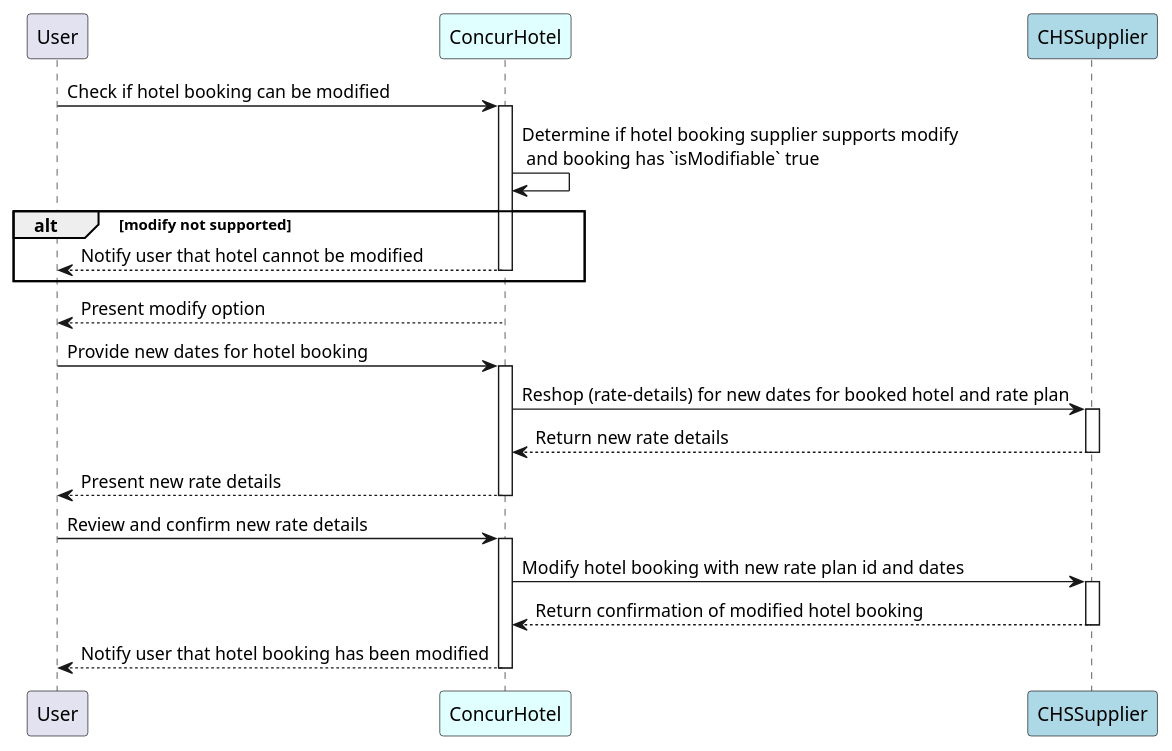
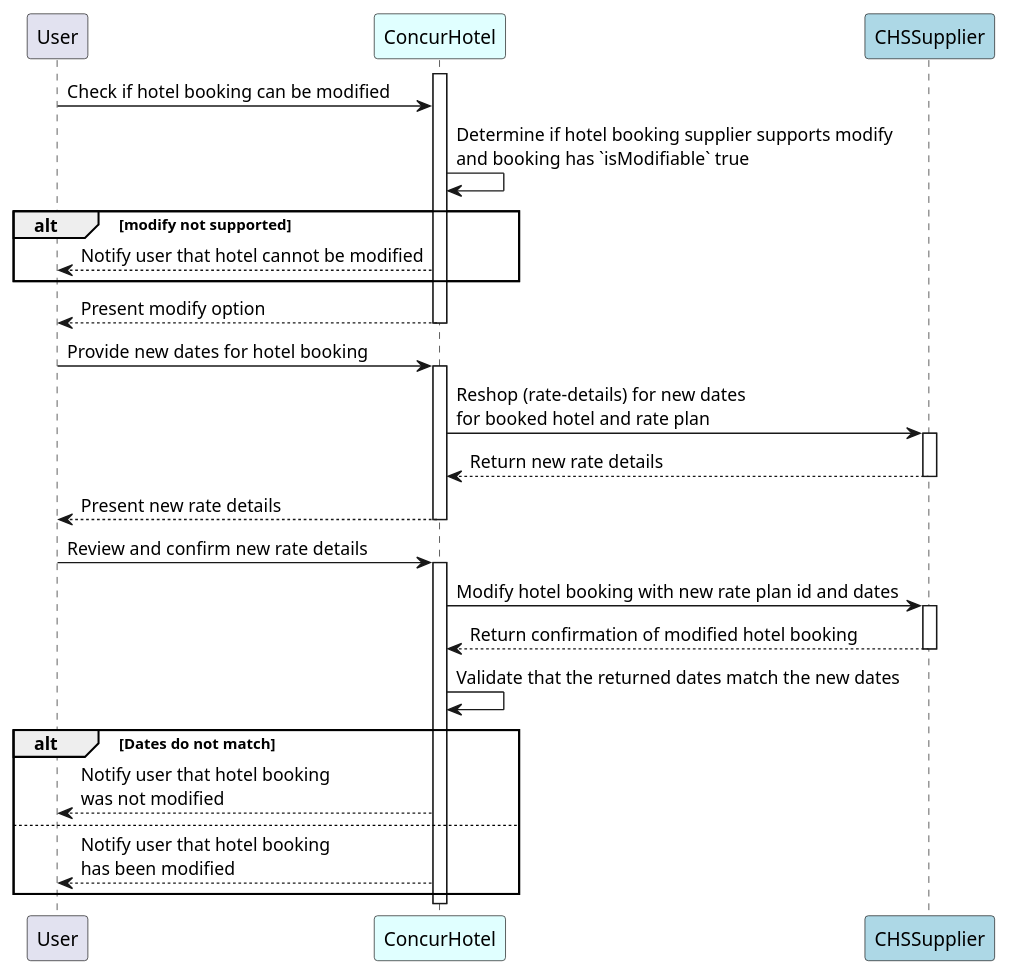
Before and after one commit to SAP-docs/preview.developer.concur.com: the diagram in src/api-reference/direct-connects/hotel-service-4/images/diagrams/hotel-modify.puml, drawn with PlantUML. The commit also changed 4 other files, not shown here.

Commit message:
Adding new documentation about hotel modify

```diff
--- a/src/api-reference/direct-connects/hotel-service-4/images/diagrams/hotel-modify.puml
+++ b/src/api-reference/direct-connects/hotel-service-4/images/diagrams/hotel-modify.puml
@@ -1,24 +1,37 @@
 @startuml hotel-modify
 
 participant "User" as user
 
 participant ConcurHotel as cHotel #Lightcyan
 participant "CHSSupplier" as supply #LightBlue
 
-user -> cHotel++: Check if hotel booking can be modified
-cHotel -> cHotel:  Determine if hotel booking supplier supports modify\n and booking has `isModifiable` true
+activate cHotel
+user -> cHotel: Check if hotel booking can be modified
+cHotel -> cHotel:  Determine if hotel booking supplier supports modify\nand booking has `isModifiable` true
 alt modify not supported
-     cHotel --> user--: Notify user that hotel cannot be modified
+     cHotel --> user: Notify user that hotel cannot be modified
 end
+cHotel --> user: Present modify option
+deactivate cHotel
 
-cHotel --> user--: Present modify option
 user -> cHotel++: Provide new dates for hotel booking
-cHotel -> supply++: Reshop (rate-details) for new dates for booked hotel and rate plan
+cHotel -> supply++: Reshop (rate-details) for new dates\nfor booked hotel and rate plan
 supply --> cHotel--: Return new rate details
 cHotel --> user--: Present new rate details
+
+
 user -> cHotel++: Review and confirm new rate details
+
 cHotel -> supply++: Modify hotel booking with new rate plan id and dates
 supply --> cHotel--: Return confirmation of modified hotel booking
-cHotel --> user--: Notify user that hotel booking has been modified
+
+cHotel -> cHotel: Validate that the returned dates match the new dates
+alt Dates do not match
+  cHotel -->user: Notify user that hotel booking\nwas not modified
+else
+  cHotel -->user: Notify user that hotel booking\nhas been modified
+end
+deactivate cHotel
+
 
 @enduml
```
